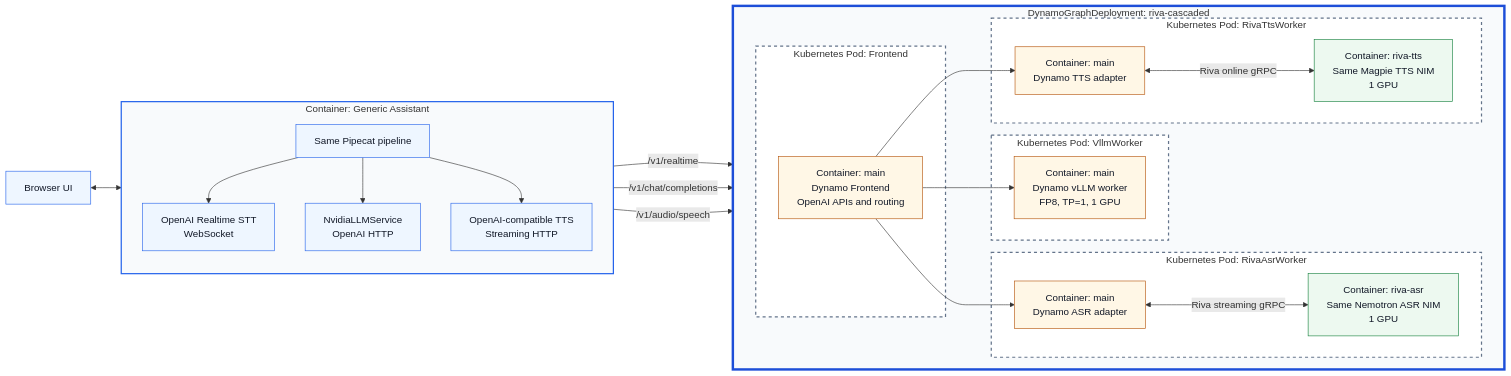
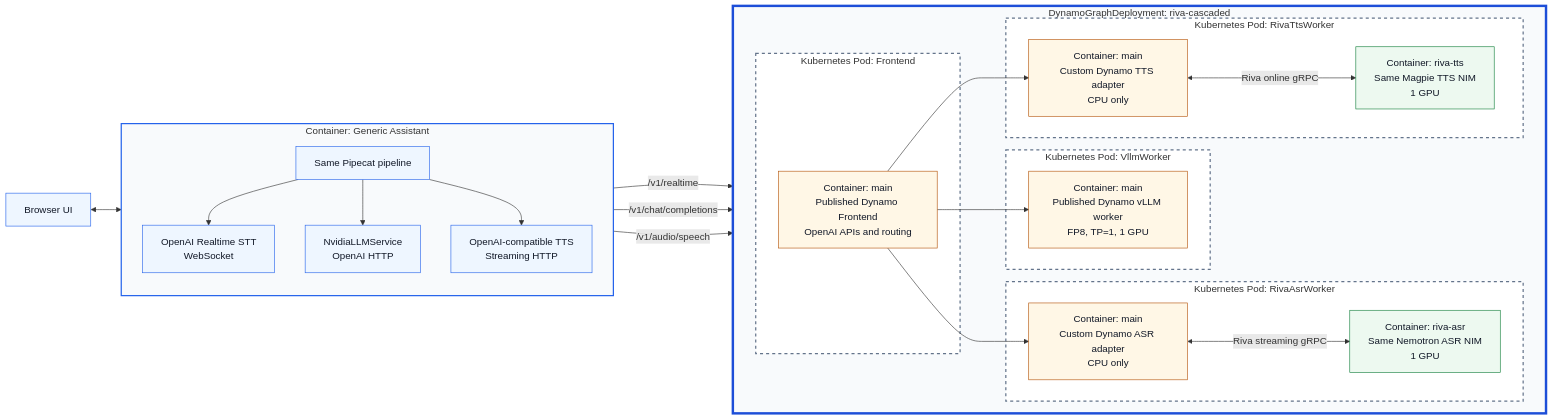
The diagram in examples/riva_cascaded_pipeline/README.md (ai-dynamo/dynamo), drawn with Mermaid before and after one commit. The commit also changed other lines of this file and 3 other files, not shown here.

Commit message:
refactor(examples): use published Dynamo runtime images

````diff
--- a/examples/riva_cascaded_pipeline/README.md
+++ b/examples/riva_cascaded_pipeline/README.md
@@ -25,64 +25,64 @@
 ```mermaid
 flowchart LR
     Browser["Browser UI"]
 
     subgraph PipecatContainer["Container: Generic Assistant"]
         direction TB
         Pipecat["Same Pipecat pipeline"]
         STTClient["OpenAI Realtime STT<br/>WebSocket"]
         LLMClient["NvidiaLLMService<br/>OpenAI HTTP"]
         TTSClient["OpenAI-compatible TTS<br/>Streaming HTTP"]
     end
 
     subgraph DGD["DynamoGraphDeployment: riva-cascaded"]
         direction LR
 
         subgraph FrontendPod["Kubernetes Pod: Frontend"]
-            Frontend["Container: main<br/>Dynamo Frontend<br/>OpenAI APIs and routing"]
+            Frontend["Container: main<br/>Published Dynamo Frontend<br/>OpenAI APIs and routing"]
         end
 
         subgraph ASRPod["Kubernetes Pod: RivaAsrWorker"]
-            ASRWorker["Container: main<br/>Dynamo ASR adapter"]
+            ASRWorker["Container: main<br/>Custom Dynamo ASR adapter<br/>CPU only"]
             ASR["Container: riva-asr<br/>Same Nemotron ASR NIM<br/>1 GPU"]
         end
 
         subgraph LLMPod["Kubernetes Pod: VllmWorker"]
-            LLMWorker["Container: main<br/>Dynamo vLLM worker<br/>FP8, TP=1, 1 GPU"]
+            LLMWorker["Container: main<br/>Published Dynamo vLLM worker<br/>FP8, TP=1, 1 GPU"]
         end
 
         subgraph TTSPod["Kubernetes Pod: RivaTtsWorker"]
-            TTSWorker["Container: main<br/>Dynamo TTS adapter"]
+            TTSWorker["Container: main<br/>Custom Dynamo TTS adapter<br/>CPU only"]
             TTS["Container: riva-tts<br/>Same Magpie TTS NIM<br/>1 GPU"]
         end
     end
 
     Browser <--> Pipecat
 
     Pipecat --> STTClient
     STTClient -->|"/v1/realtime"| Frontend
     Frontend --> ASRWorker
     ASRWorker <-->|"Riva streaming gRPC"| ASR
 
     Pipecat --> LLMClient
     LLMClient -->|"/v1/chat/completions"| Frontend
     Frontend --> LLMWorker
 
     Pipecat --> TTSClient
     TTSClient -->|"/v1/audio/speech"| Frontend
     Frontend --> TTSWorker
     TTSWorker <-->|"Riva online gRPC"| TTS
 
     classDef client fill:#eef6ff,stroke:#2563eb,color:#111827
     classDef dynamo fill:#fff7e6,stroke:#b45309,color:#111827
     classDef nim fill:#edf9f0,stroke:#15803d,color:#111827
     class Browser,Pipecat,STTClient,LLMClient,TTSClient client
     class Frontend,ASRWorker,LLMWorker,TTSWorker dynamo
     class ASR,TTS nim
 
     style PipecatContainer fill:#f8fafc,stroke:#2563eb,stroke-width:2px
     style DGD fill:#f8fafc,stroke:#1d4ed8,stroke-width:4px
     style FrontendPod fill:#ffffff,stroke:#64748b,stroke-width:2px,stroke-dasharray:5 5
     style ASRPod fill:#ffffff,stroke:#64748b,stroke-width:2px,stroke-dasharray:5 5
     style LLMPod fill:#ffffff,stroke:#64748b,stroke-width:2px,stroke-dasharray:5 5
     style TTSPod fill:#ffffff,stroke:#64748b,stroke-width:2px,stroke-dasharray:5 5
 ```
````
